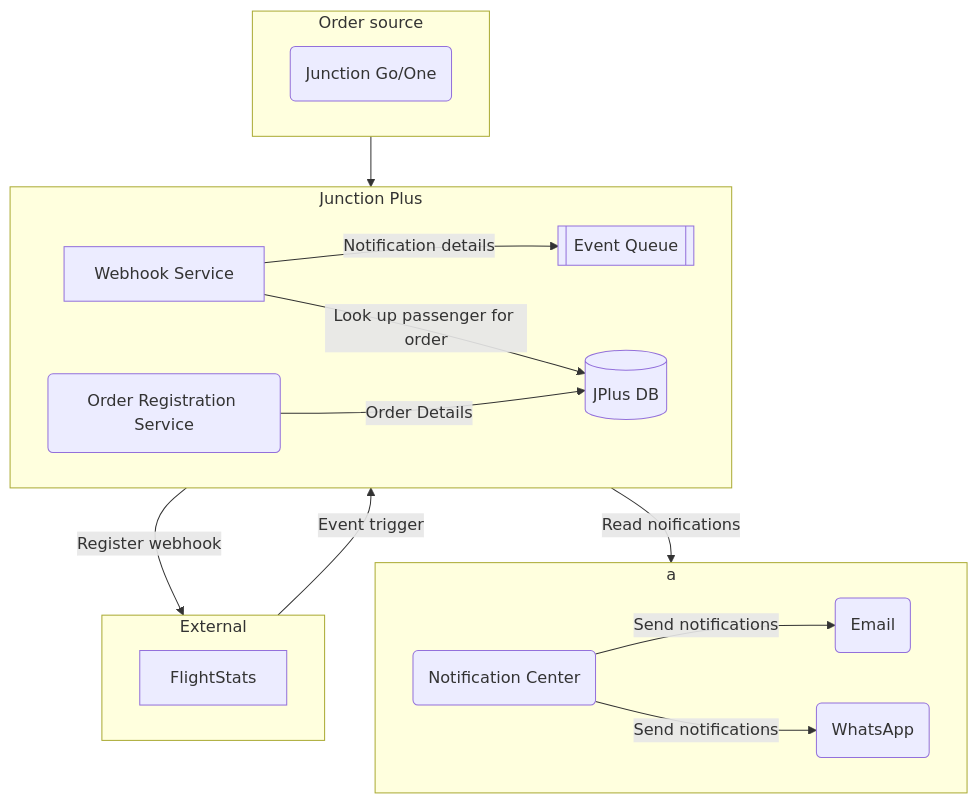
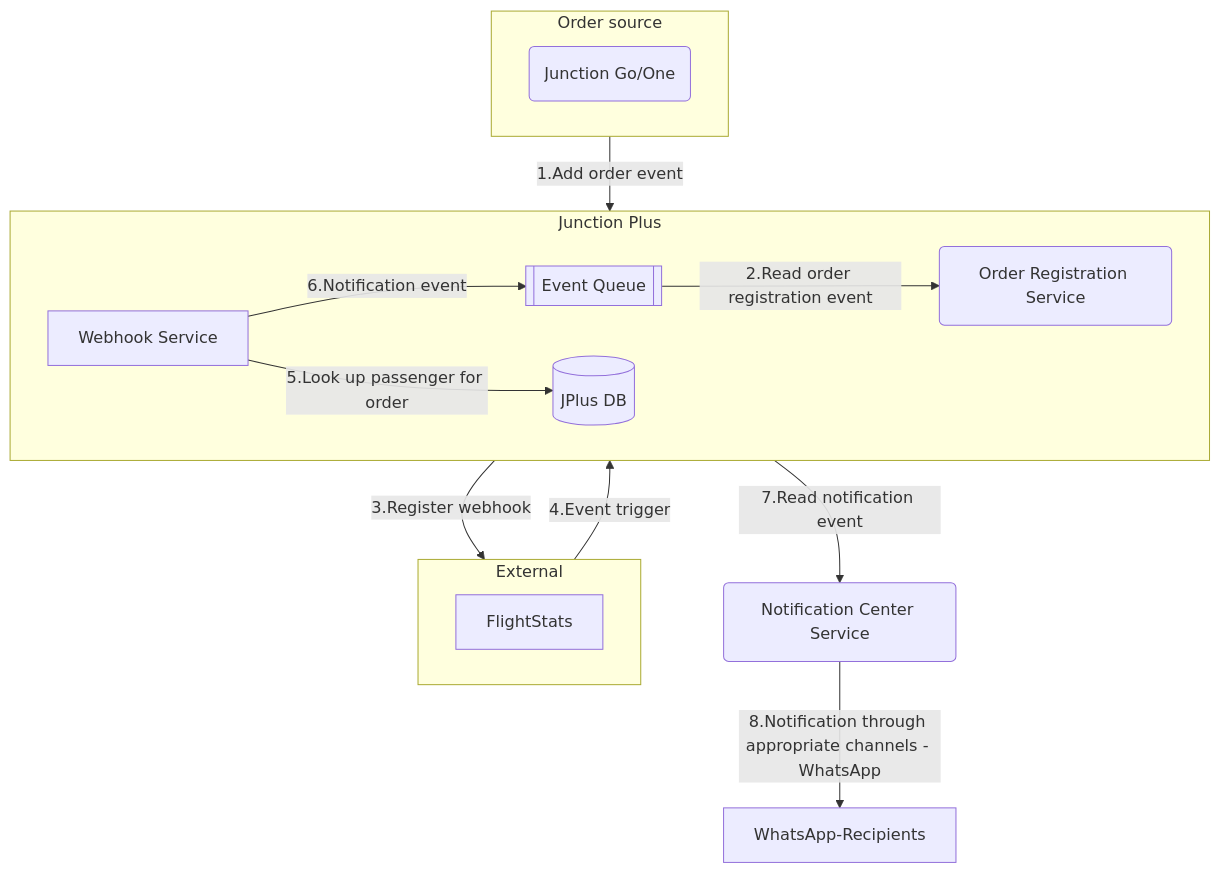
One commit to marimargaryan86/performancetesting changed the second of 11 diagrams in docs/engineering/docs/projects/junction/plus.md. Above: the diagram before and after it, drawn with Mermaid. The commit also changed other lines of this file, not shown here.

````diff
--- a/docs/engineering/docs/projects/junction/plus.md
+++ b/docs/engineering/docs/projects/junction/plus.md
@@ -76,40 +103,34 @@
 ```mermaid
 flowchart TB
     direction TB
 
     subgraph OS[Order source]
         JGO(Junction Go/One)
     end
 
     subgraph EX[External]
         FS[FlightStats]
     end
 
-    OS-->ORS
+    OS-->|1.Add order event|EQ
+    EQ-->|2.Read order registration event|ORS
     subgraph JP[Junction Plus]
         direction LR
         ORS(Order Registration Service)
         DB[(JPlus DB)]
         EQ[[Event Queue]]
         WHS[Webhook Service]
-
-        WHS-->|Notification details|EQ
-        ORS-->|Order Details|DB
     end
 
-    NC(Notification Center)
-    E(Email)
-    WA(WhatsApp)
+    NC(Notification Center Service)
 
-    ORS-->|Register webhook|EX
-    EX-->|Event trigger|WHS
-    WHS-->|Look up passenger for order|DB
-    EQ-->|Read noifications|NC
+    ORS-->|3.Register webhook|EX
+    EX-->|4.Event trigger|WHS
+    WHS-->|5.Look up passenger for order|DB
+    WHS-->|6.Notification event|EQ
+    EQ-->|7.Read notification event|NC
+    NC-->|8.Notification through appropriate channels - WhatsApp|WhatsApp-Recipients
 
-    subgraph a
-    direction LR
-    NC-->|Send notifications|E
-    NC-->|Send notifications|WA
-    end
+
 
 ```
````
